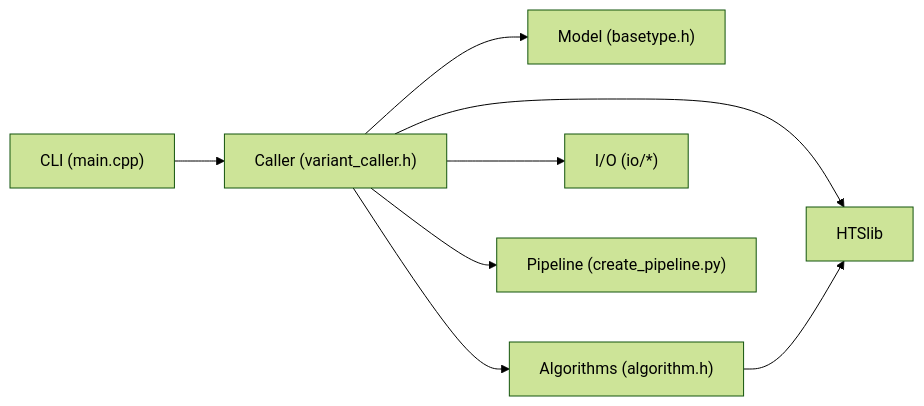
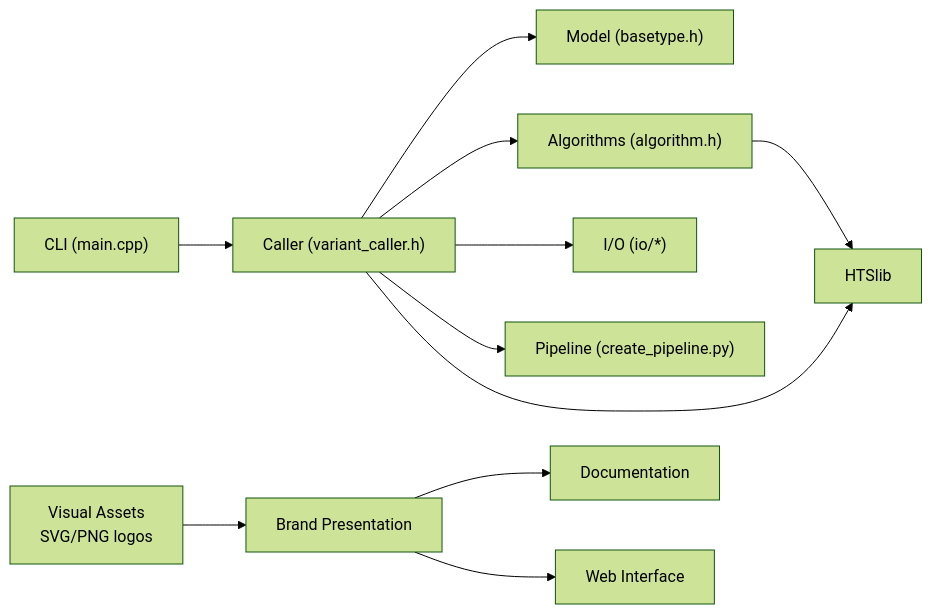
Before and after one commit to ShujiaHuang/BaseVar2: the seventh of 7 diagrams in .qoder/repowiki/en/content/Project Overview/Project Overview.md, drawn with Mermaid (forest theme). The commit also changed other lines of this file and 2 other files, not shown here.

````diff
--- a/.qoder/repowiki/en/content/Project Overview/Project Overview.md
+++ b/.qoder/repowiki/en/content/Project Overview/Project Overview.md
@@ -308,10 +356,13 @@
 ```mermaid
 graph LR
 CLI["CLI (main.cpp)"] --> CALLER["Caller (variant_caller.h)"]
 CALLER --> MODEL["Model (basetype.h)"]
 CALLER --> ALG["Algorithms (algorithm.h)"]
 CALLER --> IO["I/O (io/*)"]
 CALLER --> PIPE["Pipeline (create_pipeline.py)"]
 CALLER --> HTS["HTSlib"]
 ALG --> HTS
+ASSETS["Visual Assets<br/>SVG/PNG logos"] --> BRANDING["Brand Presentation"]
+BRANDING --> DOCS["Documentation"]
+BRANDING --> WEBSITE["Web Interface"]
 ```
````
